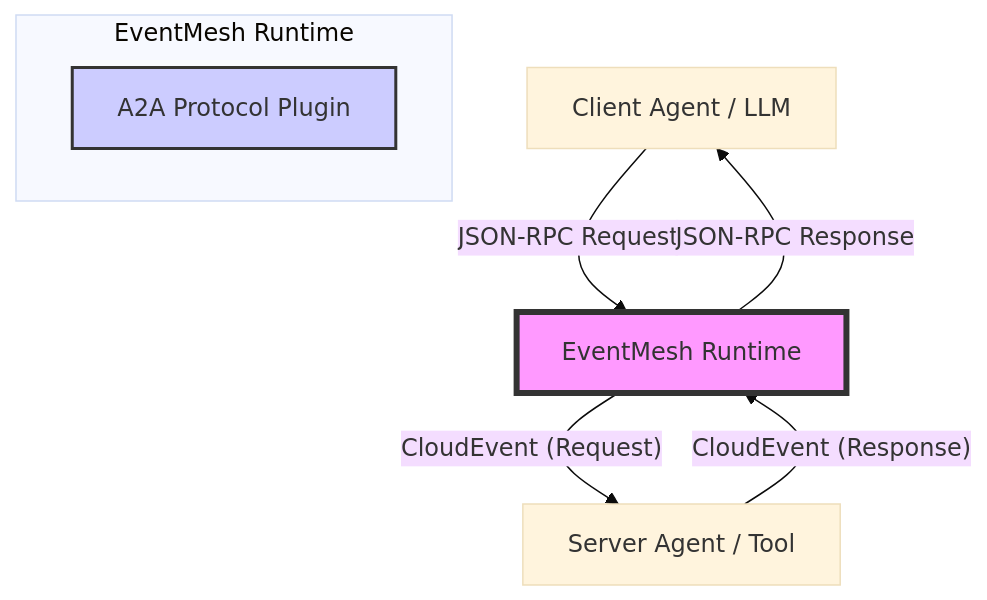
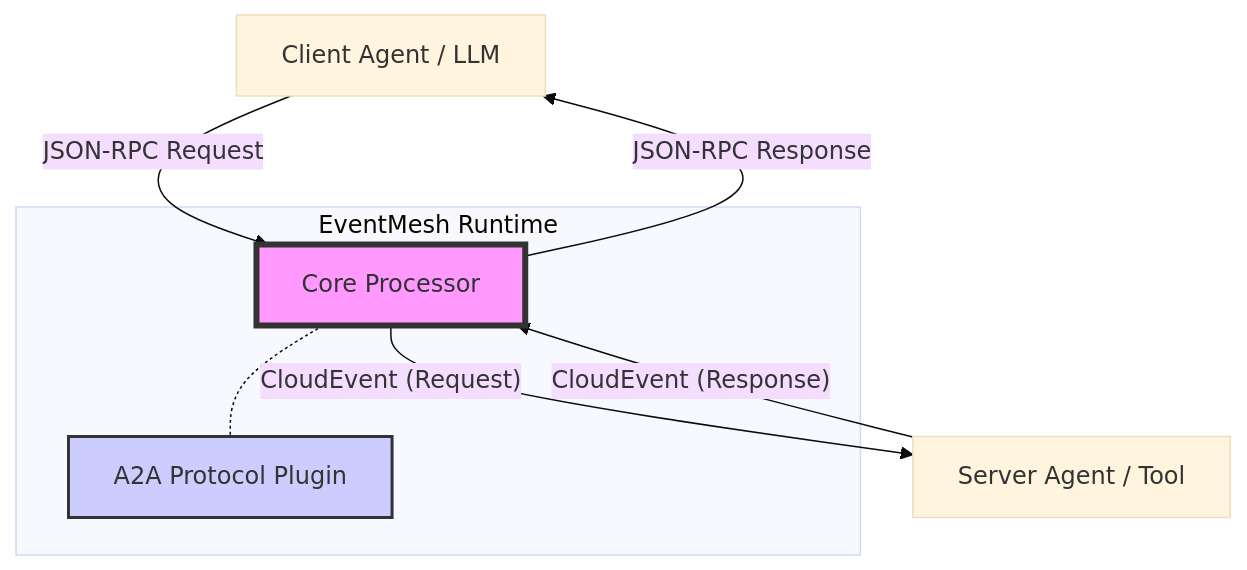
Before and after one commit to apache/eventmesh: the second of 2 diagrams in docs/a2a-protocol/eventmesh-a2a-design.md, drawn with Mermaid (base theme). The commit also changed other lines of this file, not shown here.

Commit message:
Update A2A Protocol documentation with usage examples for MCP/JSON-RPC and CloudEvents

````diff
--- a/docs/a2a-protocol/eventmesh-a2a-design.md
+++ b/docs/a2a-protocol/eventmesh-a2a-design.md
@@ -71,14 +71,17 @@
 ```mermaid
 graph TD
-    Client[Client Agent / LLM] -- "JSON-RPC Request" --> EM[EventMesh Runtime]
-    EM -- "CloudEvent (Request)" --> Server[Server Agent / Tool]
+    Client["Client Agent / LLM"] -- "JSON-RPC Request" --> EM
+    
+    subgraph Runtime ["EventMesh Runtime"]
+        EM["Core Processor"]
+        Plugin["A2A Protocol Plugin"]
+        EM -.- Plugin
+    end
+    
+    EM -- "CloudEvent (Request)" --> Server["Server Agent / Tool"]
     Server -- "CloudEvent (Response)" --> EM
     EM -- "JSON-RPC Response" --> Client
-    
-    subgraph Runtime [EventMesh Runtime]
-        Plugin[A2A Protocol Plugin]
-    end
     
     style EM fill:#f9f,stroke:#333,stroke-width:4px
     style Plugin fill:#ccf,stroke:#333,stroke-width:2px
 ```
````
